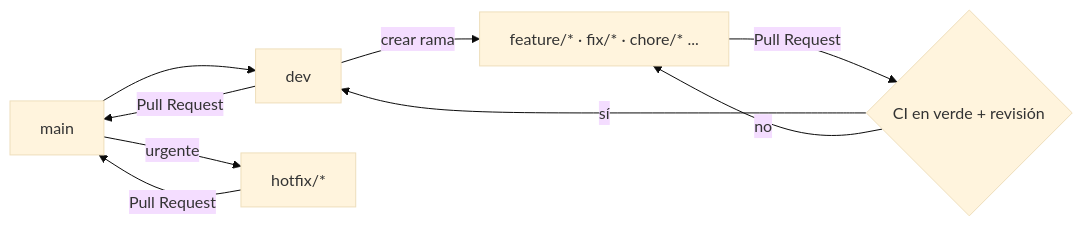
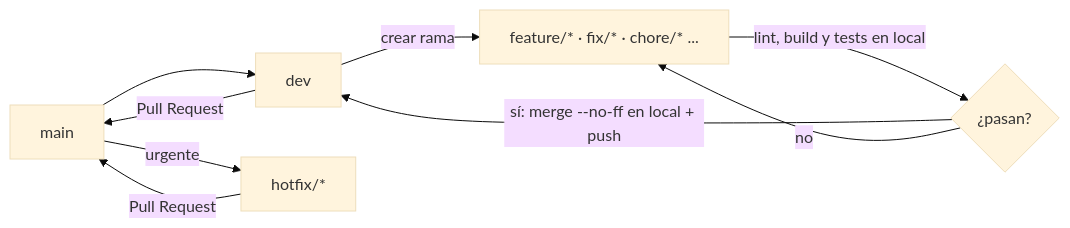
One commit to ClasiCKGit/MetSisII changed the second of 2 diagrams in docs/estandarizacion-y-automatizacion.md. Above: the diagram before and after it, drawn with Mermaid (base theme). The commit also changed other lines of this file and 3 other files, not shown here.

First line of the commit message:
docs: documentar que las ramas se mergean a dev en local sin Pull Request

````diff
--- a/docs/estandarizacion-y-automatizacion.md
+++ b/docs/estandarizacion-y-automatizacion.md
@@ -101,11 +101,11 @@
 ```mermaid
 flowchart LR
     A[main] --> B[dev]
     B[dev]--> |Pull Request| A[main] 
     B[dev] -->|crear rama| C[feature/* · fix/* · chore/* ...]
-    C -->|Pull Request| D{CI en verde + revisión}
-    D -->|sí| B
+    C -->|lint, build y tests en local| D{¿pasan?}
+    D -->|sí: merge --no-ff en local + push| B
     D -->|no| C
     A -->|urgente| H[hotfix/*]
     H -->|Pull Request| A
 ```
````
